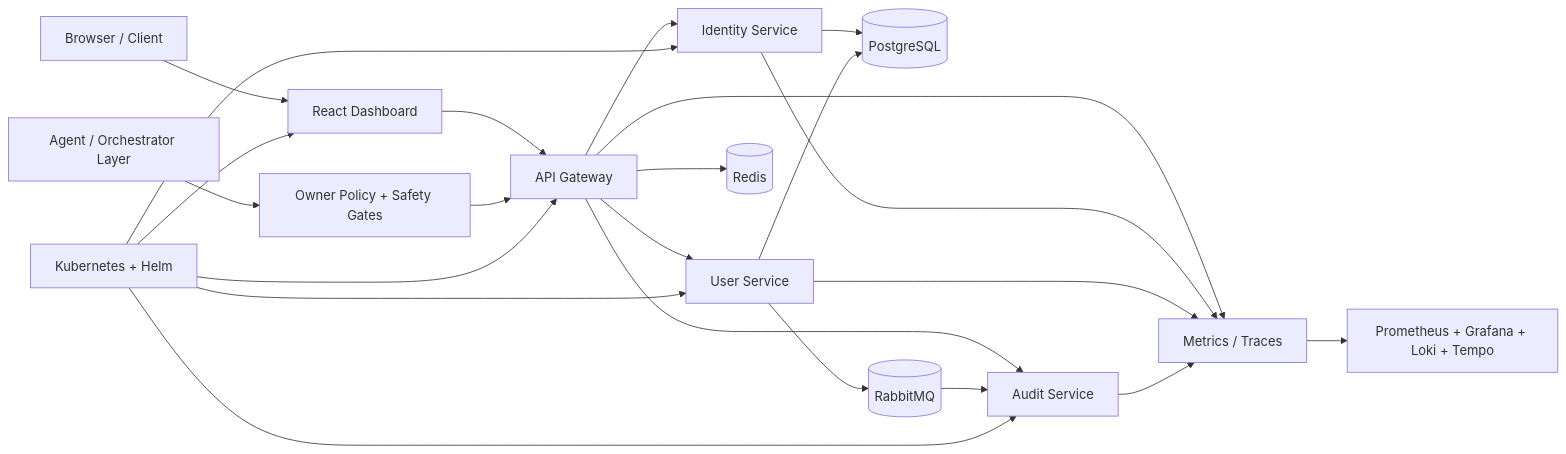
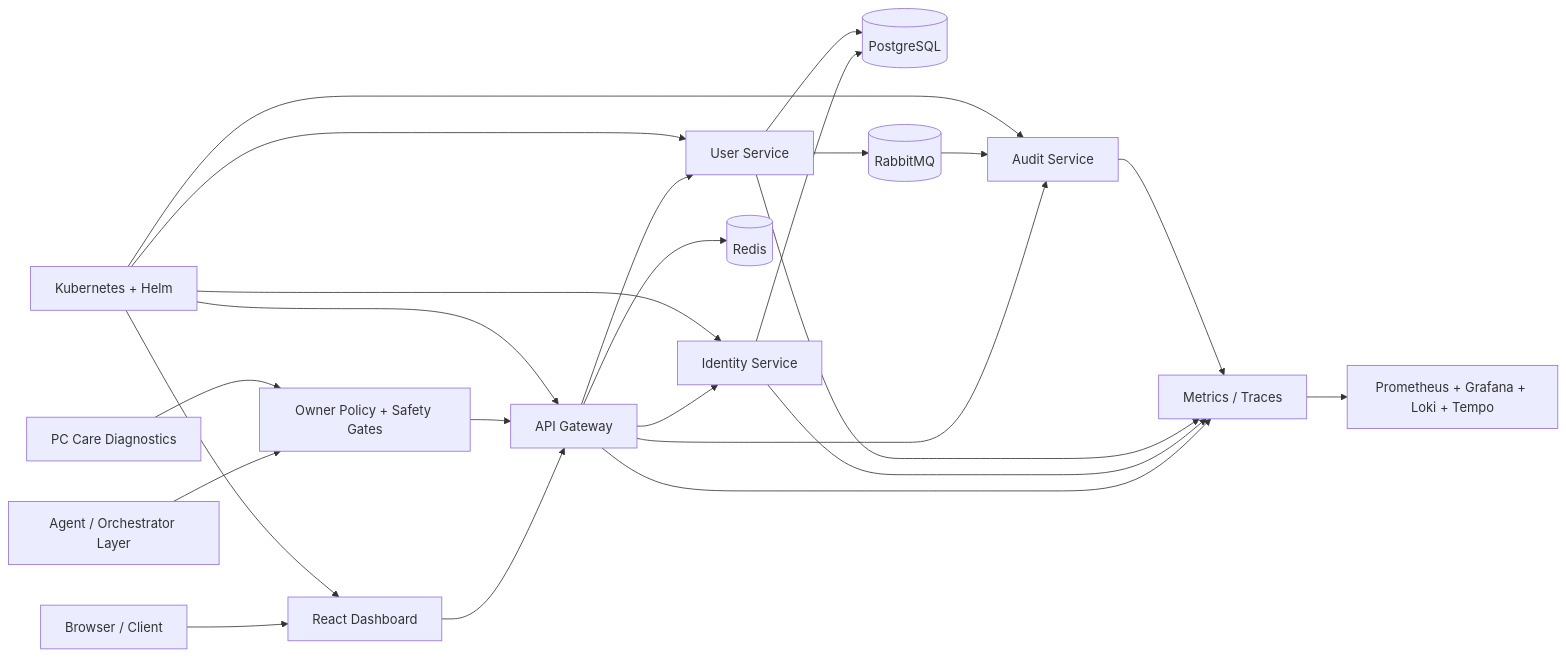
Before and after one commit to teldigi5-wq/aetheris-platform: the diagram in README.md, drawn with Mermaid. The commit also changed other lines of this file, not shown here.

Commit message:
docs(stage28): advance canonical milestone to safe PC care engineering

````diff
--- a/README.md
+++ b/README.md
@@ -78,25 +86,26 @@
 ```mermaid
 flowchart LR
     U[Browser / Client] --> D[React Dashboard]
     D --> G[API Gateway]
     G --> I[Identity Service]
     G --> S[User Service]
     G --> A[Audit Service]
     G --> R[(Redis)]
     I --> P[(PostgreSQL)]
     S --> P
     S --> M[(RabbitMQ)]
     M --> A
     G --> O[Metrics / Traces]
     I --> O
     S --> O
     A --> O
     O --> OBS[Prometheus + Grafana + Loki + Tempo]
     AG[Agent / Orchestrator Layer] --> POL[Owner Policy + Safety Gates]
+    PC[PC Care Diagnostics] --> POL
     POL --> G
     K[Kubernetes + Helm] --> D
     K --> G
     K --> I
     K --> S
     K --> A
 ```
````
